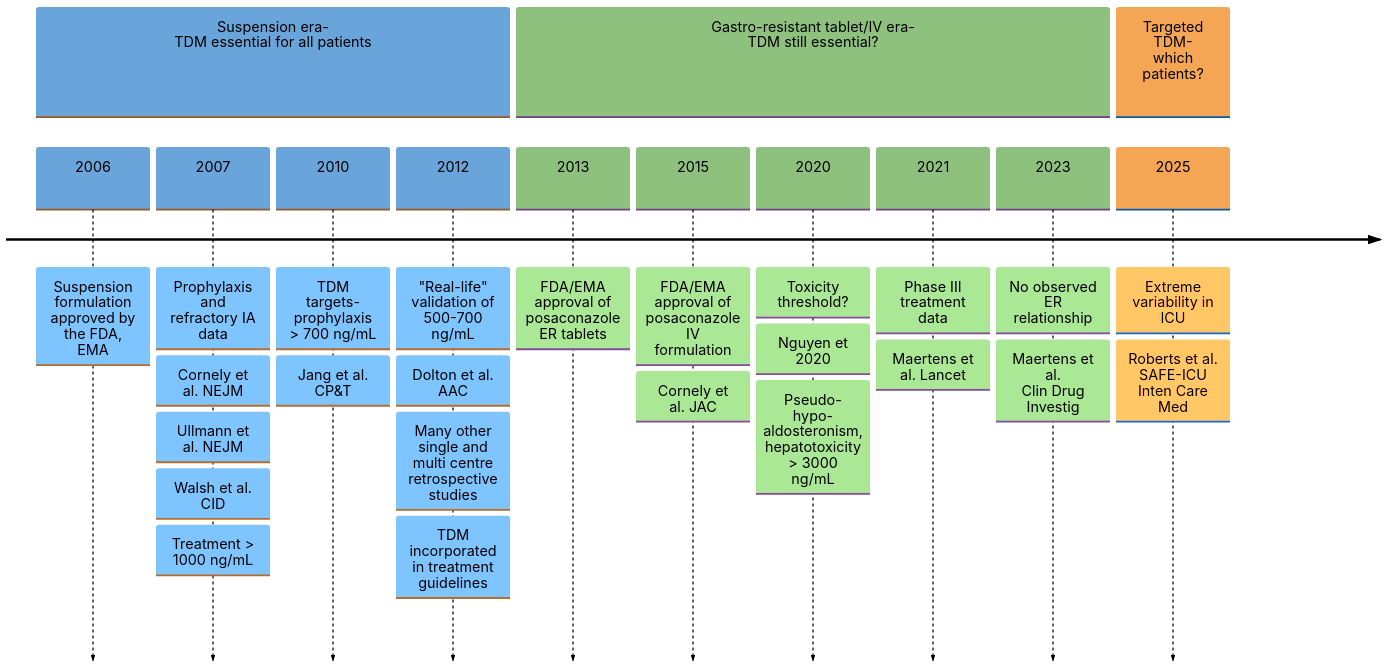
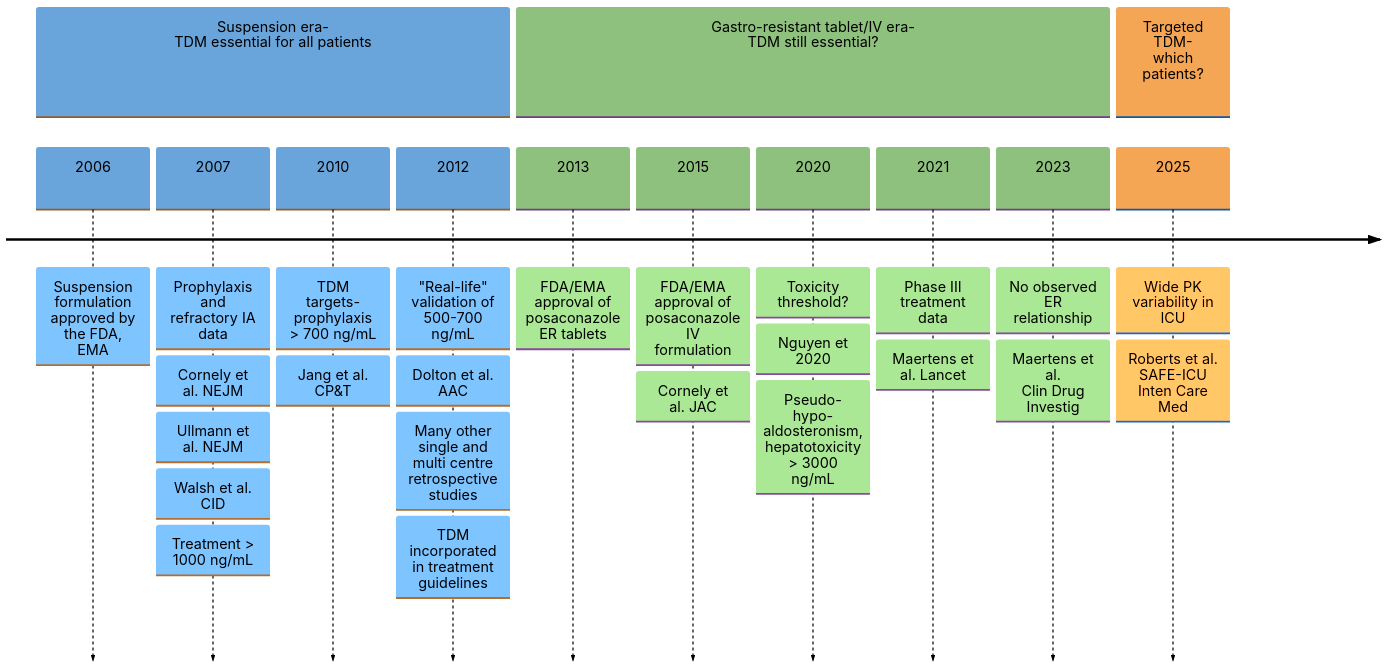
One commit to Russlewisbo/EPAG changed the diagram in Lecture1.qmd. Above: the diagram before and after it, drawn with Mermaid. The commit also changed other lines of this file and 2 other files, not shown here.

````diff
--- a/Lecture1.qmd
+++ b/Lecture1.qmd
@@ -52,33 +52,33 @@
 ```{mermaid}
 %%{init: {
     'theme': 'base',
     'themeVariables': {
       'fontFamily': "Arial, sans-serif",
       'fontSize': '24px',
       'primaryColor': '#cfe2f3',
       'primaryTextColor': '#000000',
       'primaryBorderColor': '##ffffff',
       'lineColor': '#000000',
       'secondaryColor': '#d9ead3',
       'tertiaryColor': '#fce5cd'
     }
   }
 }%%
 
 
 timeline
 section Suspension era- <br>TDM essential for all patients
   2006: Suspension formulation approved by the FDA, EMA
   2007: Prophylaxis and refractory IA data: Cornely et al. NEJM: Ullmann et al. NEJM: Walsh et al. CID : Treatment > 1000 ng/mL
   2010: TDM targets- prophylaxis > 700 ng/mL: Jang et al. CP&T 
   2012: "Real-life" validation of 500-700 ng/mL: Dolton et al. AAC: Many other single and multi centre retrospective studies : TDM incorporated in treatment guidelines
 section Gastro-resistant tablet/IV era- <br> TDM still essential?
   2013: FDA/EMA approval of posaconazole ER tablets 
   2015: FDA/EMA approval of posaconazole IV formulation: Cornely et al. JAC
   2020: Toxicity threshold? : Nguyen et 2020: Pseudo- <br>hypo- <br>aldosteronism, hepatotoxicity > 3000 ng/mL
   2021: Phase III treatment data: Maertens et al. Lancet 
   2023: No observed ER relationship: Maertens et al.  <br>Clin Drug Investig
 section Targeted TDM- <br> which patients?
-  2025: Extreme variability in ICU : Roberts et al. <br> SAFE-ICU <br> Inten Care Med
+  2025: Wide PK variability in ICU : Roberts et al. <br> SAFE-ICU <br> Inten Care Med
   
 ```
````
